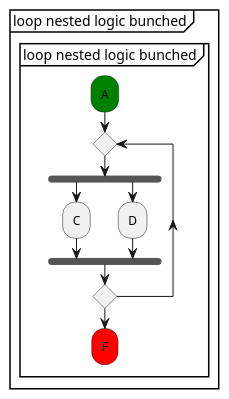
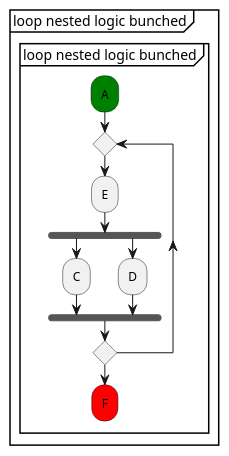
The diagram in end-to-end-pumls/loops/nested_logic_blocks/loop_nested_logic_bunched.puml (xtuml/otel2puml), drawn with PlantUML before and after one commit. The commit also changed 4 other files, not shown here.

```diff
--- a/end-to-end-pumls/loops/nested_logic_blocks/loop_nested_logic_bunched.puml
+++ b/end-to-end-pumls/loops/nested_logic_blocks/loop_nested_logic_bunched.puml
@@ -1,15 +1,16 @@
 @startuml
 partition "loop nested logic bunched" {
     group "loop nested logic bunched"
         #green:A;
         repeat
+            :E;
             fork
                 :C;
             fork again
                 :D;
             end fork
         repeat while
         #red:F;
     end group
 }
 @enduml
```
